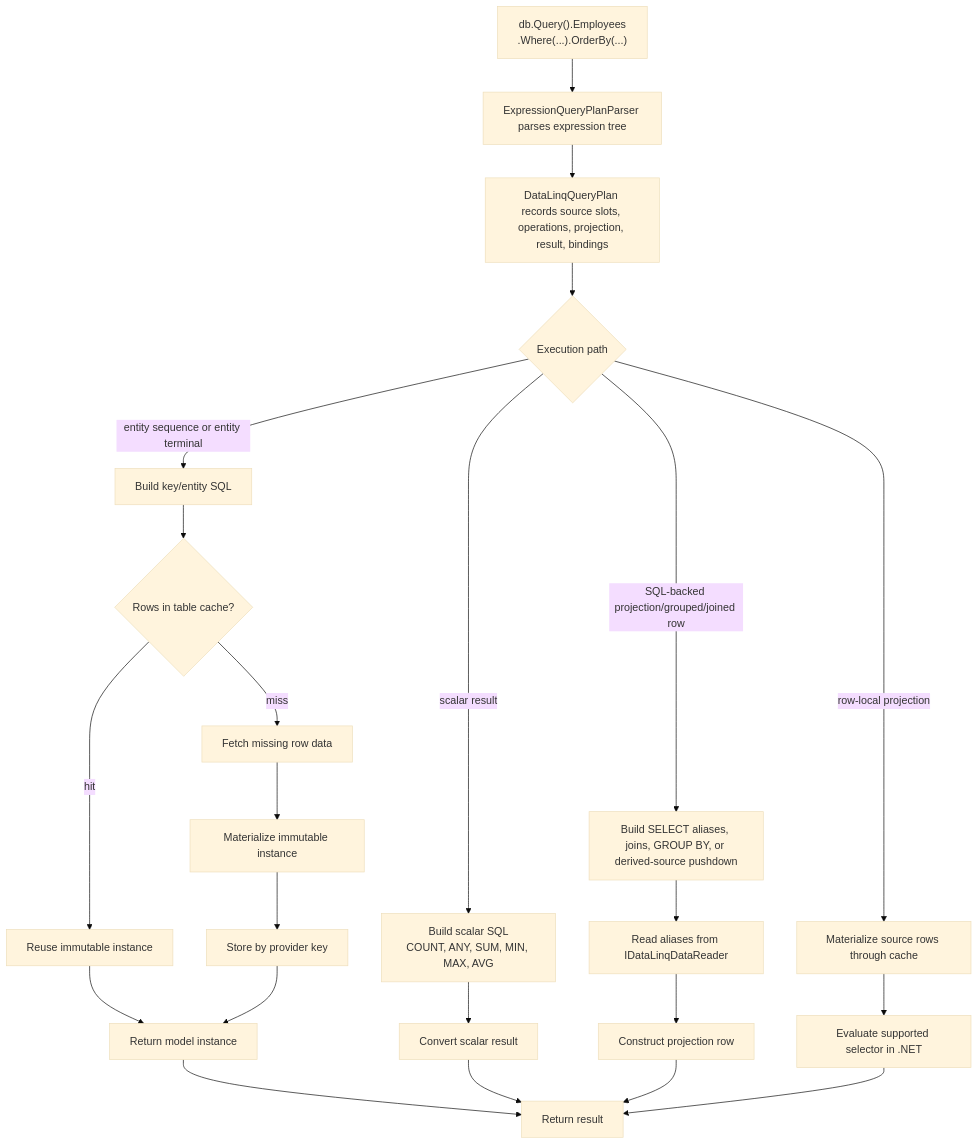
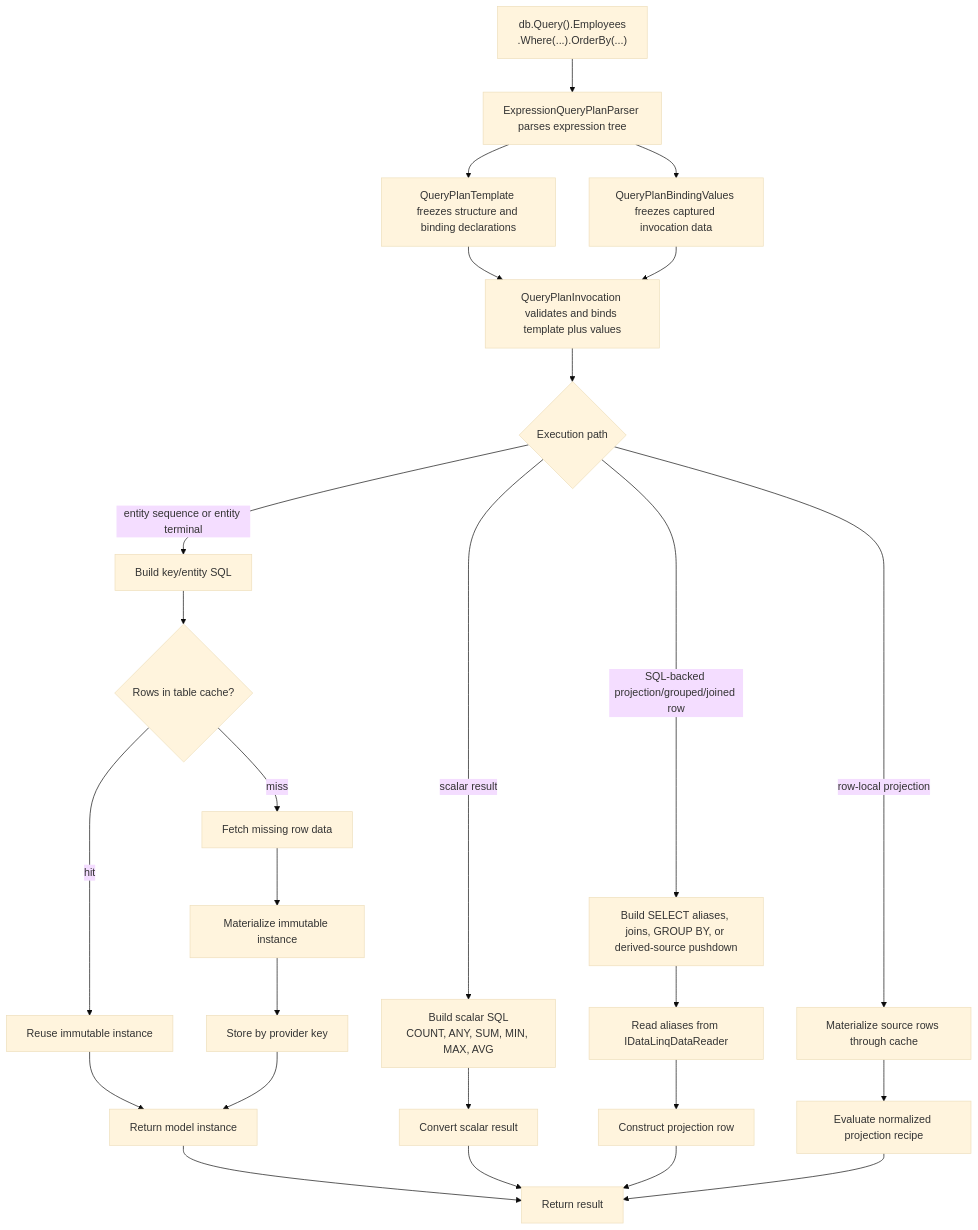
Before and after one commit to bazer/DataLinq: the fourth of 10 diagrams in docs/internals/Data Flow.md, drawn with Mermaid (base theme). The commit also changed 29 other files, not shown here.

````diff
--- a/docs/internals/Data Flow.md
+++ b/docs/internals/Data Flow.md
@@ -86,25 +86,28 @@
 ```mermaid
 flowchart TD
     A["db.Query().Employees<br/>.Where(...).OrderBy(...)"] --> B["ExpressionQueryPlanParser parses expression tree"]
-    B --> C["DataLinqQueryPlan records source slots, operations, projection, result, bindings"]
-    C --> D{"Execution path"}
+    B --> C["QueryPlanTemplate freezes structure and binding declarations"]
+    B --> V["QueryPlanBindingValues freezes captured invocation data"]
+    C --> I0["QueryPlanInvocation validates and binds template plus values"]
+    V --> I0
+    I0 --> D{"Execution path"}
     D -- "entity sequence or entity terminal" --> E["Build key/entity SQL"]
     E --> F{"Rows in table cache?"}
     F -- "hit" --> G["Reuse immutable instance"]
     F -- "miss" --> H["Fetch missing row data"]
     H --> I["Materialize immutable instance"]
     I --> J["Store by provider key"]
     G --> K["Return model instance"]
     J --> K
     D -- "scalar result" --> L["Build scalar SQL<br/>COUNT, ANY, SUM, MIN, MAX, AVG"]
     L --> M["Convert scalar result"]
     D -- "SQL-backed projection/grouped/joined row" --> N["Build SELECT aliases, joins, GROUP BY, or derived-source pushdown"]
     N --> O["Read aliases from IDataLinqDataReader"]
     O --> P["Construct projection row"]
     D -- "row-local projection" --> Q["Materialize source rows through cache"]
-    Q --> R["Evaluate supported selector in .NET"]
+    Q --> R["Evaluate normalized projection recipe"]
     K --> S["Return result"]
     M --> S
     P --> S
     R --> S
 ```
````
